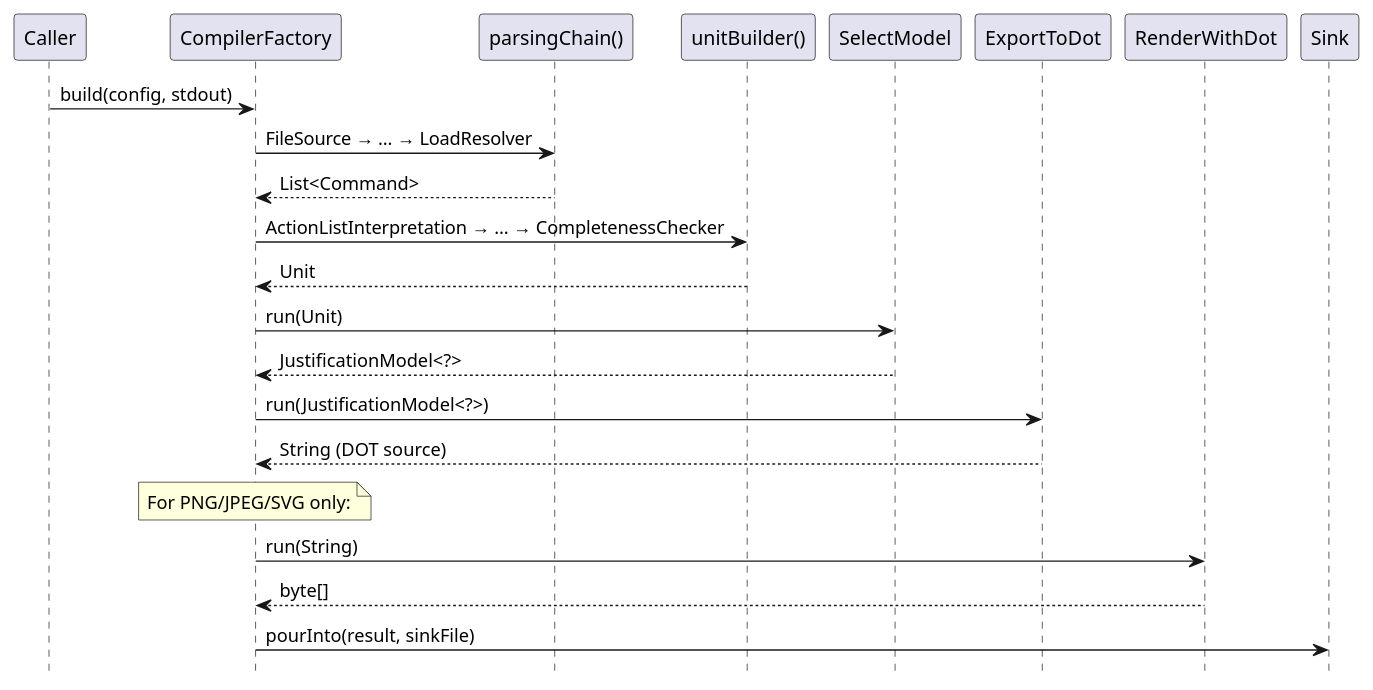
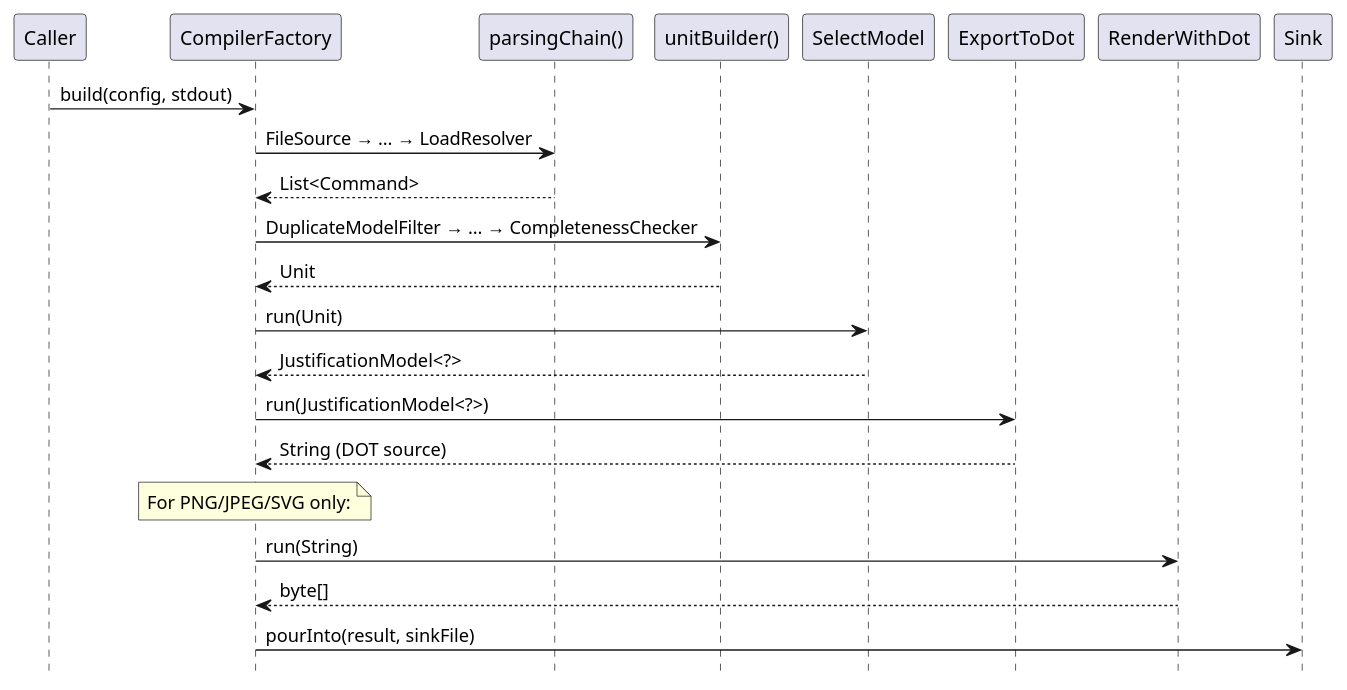
One commit to jpipe-mcscert/jpipe-compiler changed the diagram in docs/design/steps.md. Above: the diagram before and after it, drawn with PlantUML. The commit also changed other lines of this file and 31 other files, not shown here.

````diff
--- a/docs/design/steps.md
+++ b/docs/design/steps.md
@@ -44,34 +45,34 @@
 ```plantuml
 @startuml steps-sequence
 
 skinparam sequenceMessageAlign left
 hide footbox
 
 participant Caller
 participant CompilerFactory
 participant "parsingChain()" as PC
 participant "unitBuilder()" as UB
 participant SelectModel
 participant ExportToDot
 participant RenderWithDot
 participant Sink
 
 Caller -> CompilerFactory : build(config, stdout)
 CompilerFactory -> PC : FileSource → … → LoadResolver
 PC --> CompilerFactory : List<Command>
-CompilerFactory -> UB : ActionListInterpretation → … → CompletenessChecker
+CompilerFactory -> UB : DuplicateModelFilter → … → CompletenessChecker
 UB --> CompilerFactory : Unit
 CompilerFactory -> SelectModel : run(Unit)
 SelectModel --> CompilerFactory : JustificationModel<?>
 CompilerFactory -> ExportToDot : run(JustificationModel<?>)
 ExportToDot --> CompilerFactory : String (DOT source)
 
 note over CompilerFactory
   For PNG/JPEG/SVG only:
 end note
 CompilerFactory -> RenderWithDot : run(String)
 RenderWithDot --> CompilerFactory : byte[]
 CompilerFactory -> Sink : pourInto(result, sinkFile)
 
 @enduml
 ```
````
